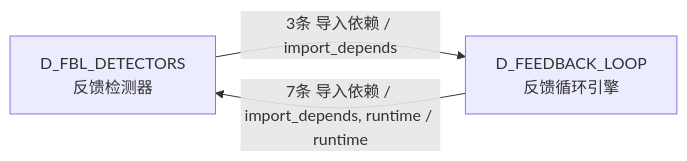
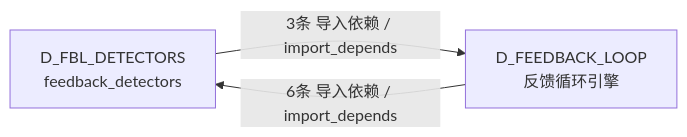
Before and after one commit to xuanFelixVan/ZephyrAlpha: the sixth of 6 diagrams in docs/02_enterprise_architecture/02_domain_architecture_docs/11_d_fbl_detectors.md, drawn with Mermaid. The commit also changed other lines of this file and 115 other files, not shown here.

````diff
--- a/docs/02_enterprise_architecture/02_domain_architecture_docs/11_d_fbl_detectors.md
+++ b/docs/02_enterprise_architecture/02_domain_architecture_docs/11_d_fbl_detectors.md
@@ -393,7 +390,7 @@
 ```mermaid
 graph LR
-    D_FBL_DETECTORS["D_FBL_DETECTORS<br/>反馈检测器"]
+    D_FBL_DETECTORS["D_FBL_DETECTORS<br/>feedback_detectors"]
     D_FEEDBACK_LOOP["D_FEEDBACK_LOOP<br/>反馈循环引擎"]
     D_FBL_DETECTORS -->|3条 导入依赖 / import_depends| D_FEEDBACK_LOOP
-    D_FEEDBACK_LOOP -->|7条 导入依赖 / import_depends, runtime / runtime| D_FBL_DETECTORS
+    D_FEEDBACK_LOOP -->|6条 导入依赖 / import_depends| D_FBL_DETECTORS
 ```
````
